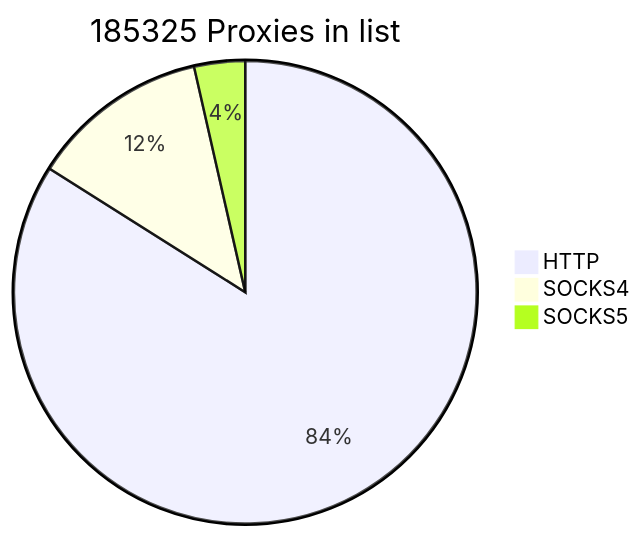
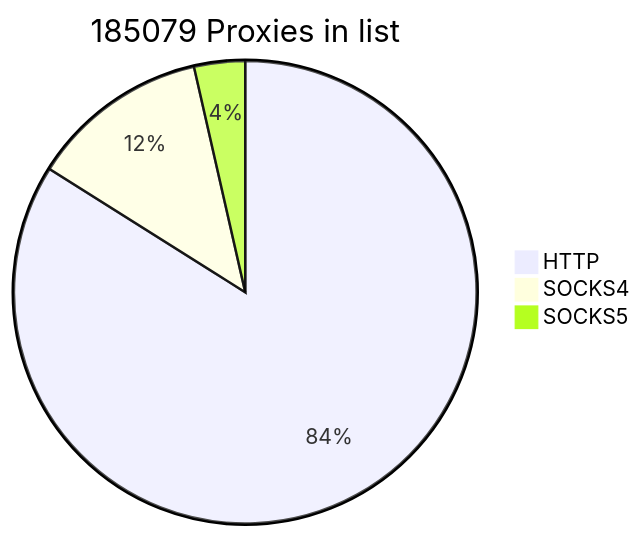
The first of 2 diagrams in README.md (cutipu/proxylist), drawn with Mermaid before and after one commit. The commit also changed other lines of this file, not shown here.

````diff
--- a/README.md
+++ b/README.md
@@ -2,7 +2,7 @@
 ```mermaid
-pie title 185325 Proxies in list
-    "HTTP" : 155611
-    "SOCKS4" : 23126
-    "SOCKS5" : 6588
+pie title 185079 Proxies in list
+    "HTTP" : 155365
+    "SOCKS4" : 23124
+    "SOCKS5" : 6590
             
 ```
````
